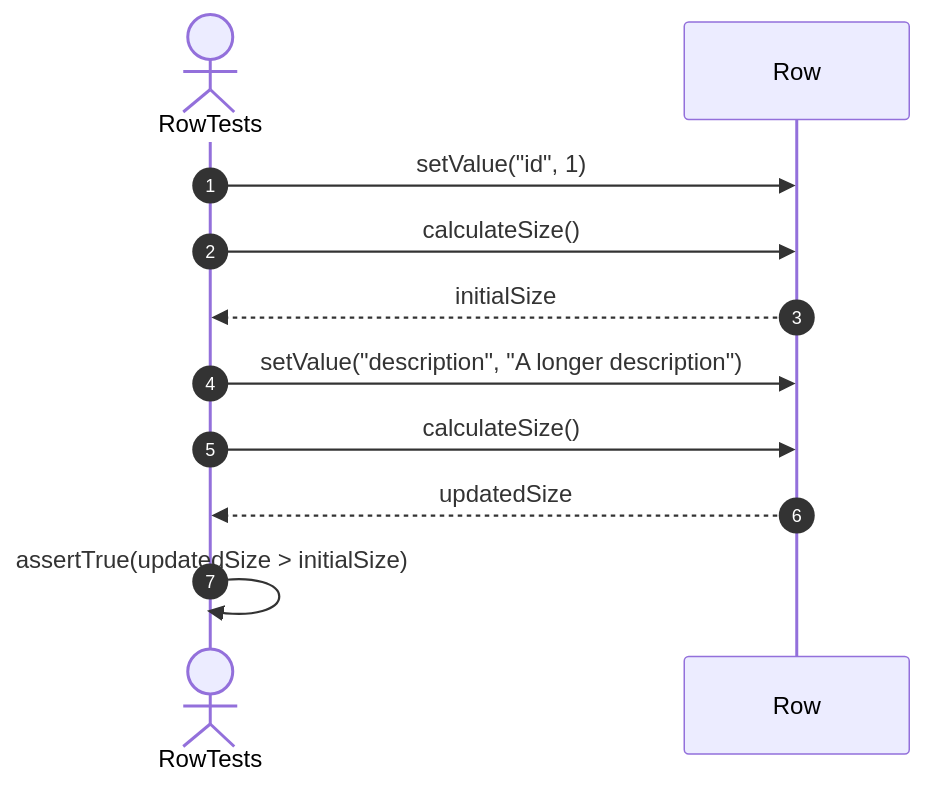
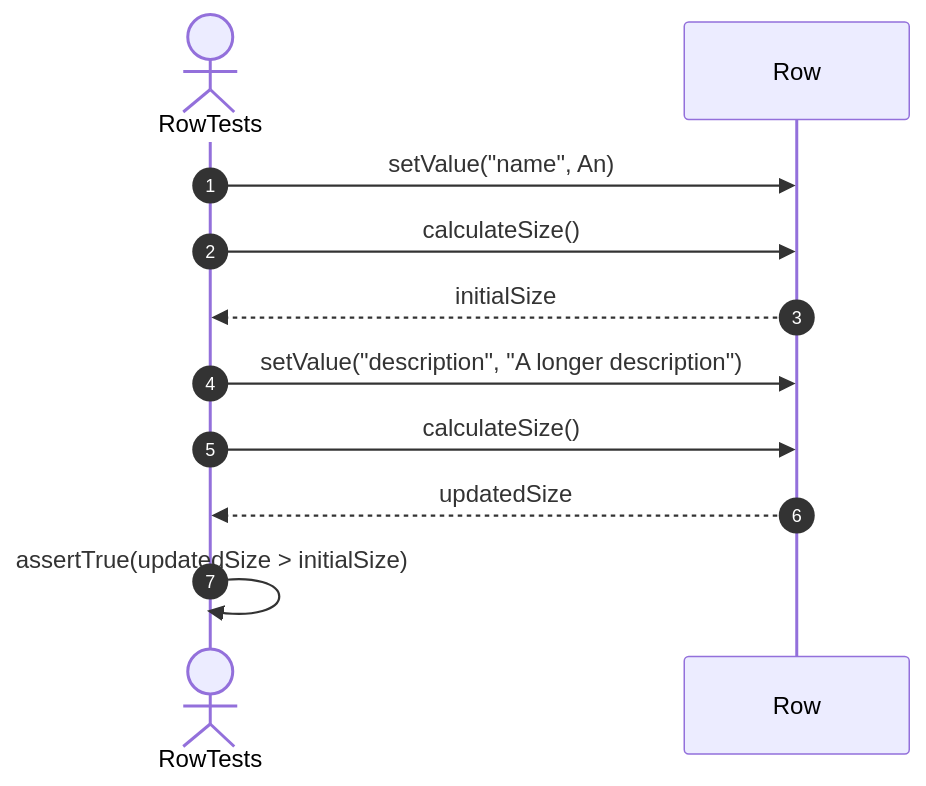
Before and after one commit to FhuAnn/-bbv-AN-s-DBMS: diagram 33 of 33 in src/tests/unit/metadata/sequences/rows-testing.se.md, drawn with Mermaid. The commit also changed 7 other files, not shown here.

Commit message:
table and row run test successfully

````diff
--- a/src/tests/unit/metadata/sequences/rows-testing.se.md
+++ b/src/tests/unit/metadata/sequences/rows-testing.se.md
@@ -893,19 +893,19 @@
 ```mermaid
 sequenceDiagram
     autonumber
 
     actor Test as RowTests
     participant Row as Row
 
-    Test->>Row: setValue("id", 1)
+    Test->>Row: setValue("name", An)
 
     Test->>Row: calculateSize()
     Row-->>Test: initialSize
 
     Test->>Row: setValue("description", "A longer description")
 
     Test->>Row: calculateSize()
     Row-->>Test: updatedSize
 
     Test->>Test: assertTrue(updatedSize > initialSize)
 ```
````
